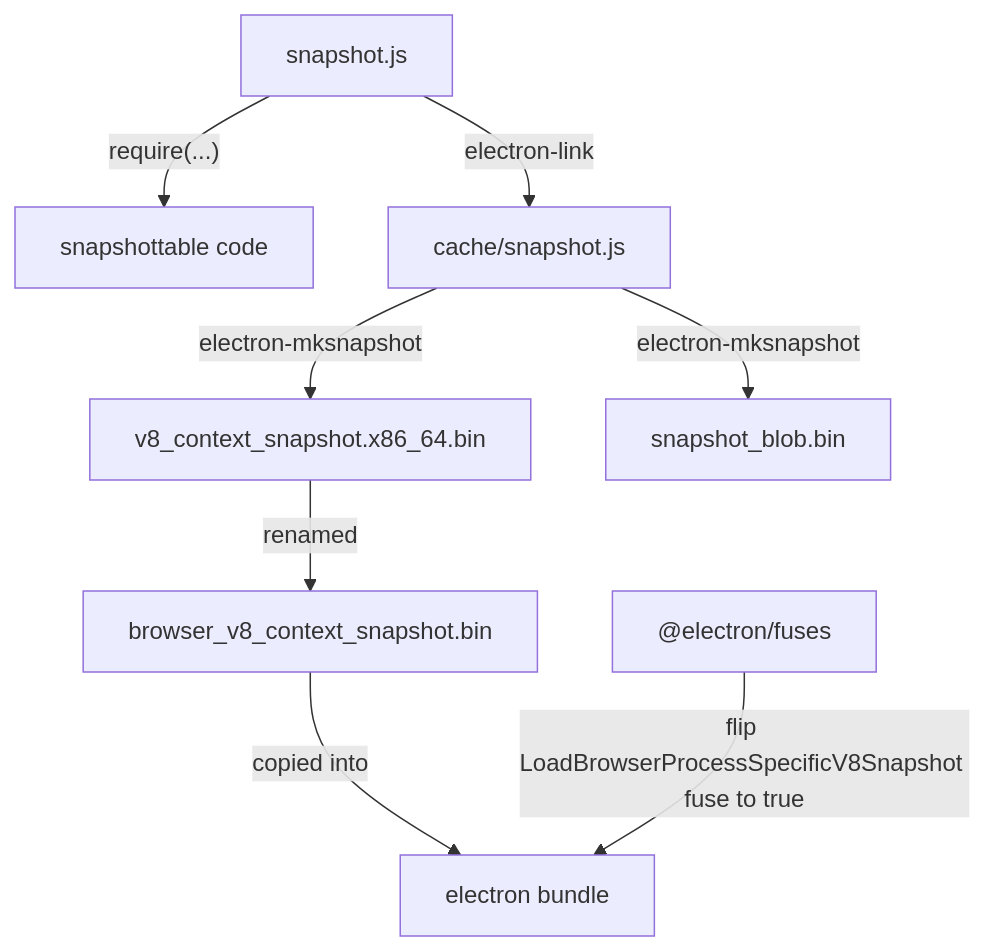
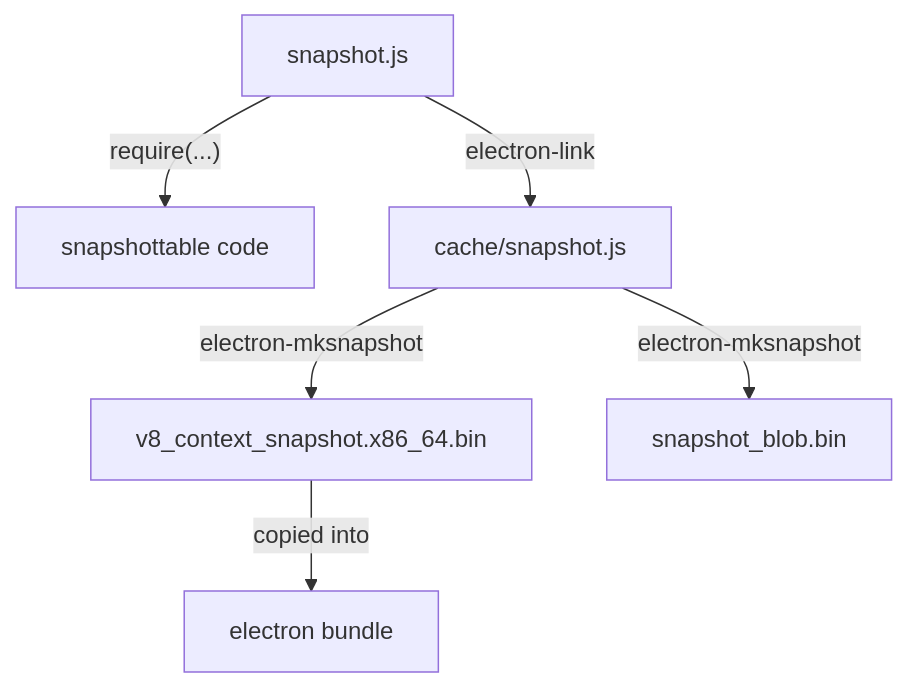
The third of 4 diagrams in README.md (RaisinTen/electron-snapshot-experiment), drawn with Mermaid before and after one commit. The commit also changed other lines of this file and 4 other files, not shown here.

````diff
--- a/README.md
+++ b/README.md
@@ -120,10 +118,8 @@
 ```mermaid
 flowchart TD
 
 snapshot.js -- require(...) --> snapshottable-code["snapshottable code"]
 snapshot.js -- electron-link --> cache/snapshot.js
 cache/snapshot.js -- electron-mksnapshot --> v8_context_snapshot.x86_64.bin & snapshot_blob.bin
-v8_context_snapshot.x86_64.bin -- renamed --> browser_v8_context_snapshot.bin
-browser_v8_context_snapshot.bin -- copied into --> electron-bundle["electron bundle"]
-electron-fuses["@electron/fuses"] -- flip LoadBrowserProcessSpecificV8Snapshot fuse to true --> electron-bundle
+v8_context_snapshot.x86_64.bin -- copied into --> electron-bundle["electron bundle"]
 ```
````
